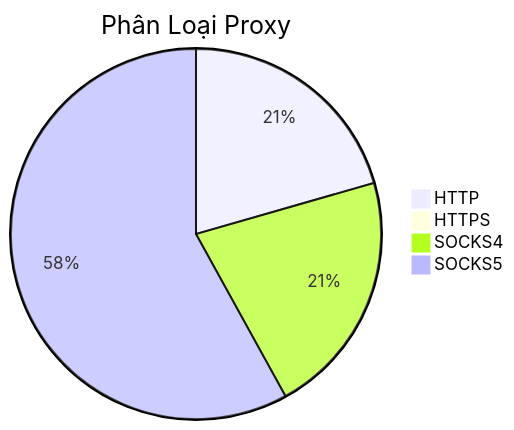
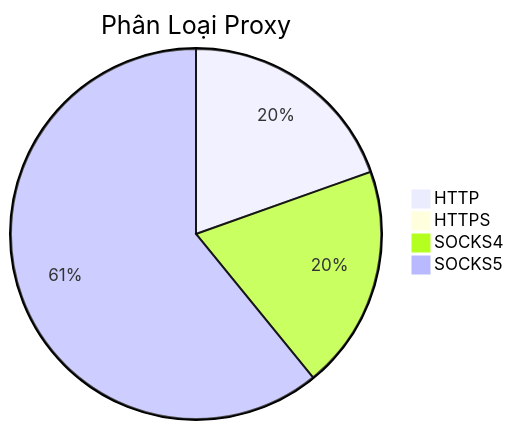
One commit to Ciara-12/PROXY-free changed the diagram in README.md. Above: the diagram before and after it, drawn with Mermaid. The commit also changed other lines of this file and 4 other files, not shown here.

````diff
--- a/README.md
+++ b/README.md
@@ -26,7 +26,7 @@
 ```mermaid
 pie title Phân Loại Proxy
-    "HTTP" : 283
-    "HTTPS" : 0
-    "SOCKS4" : 295
-    "SOCKS5" : 799
+    "HTTP" : 290
+    "HTTPS" : 2
+    "SOCKS4" : 290
+    "SOCKS5" : 903
 ```
````
